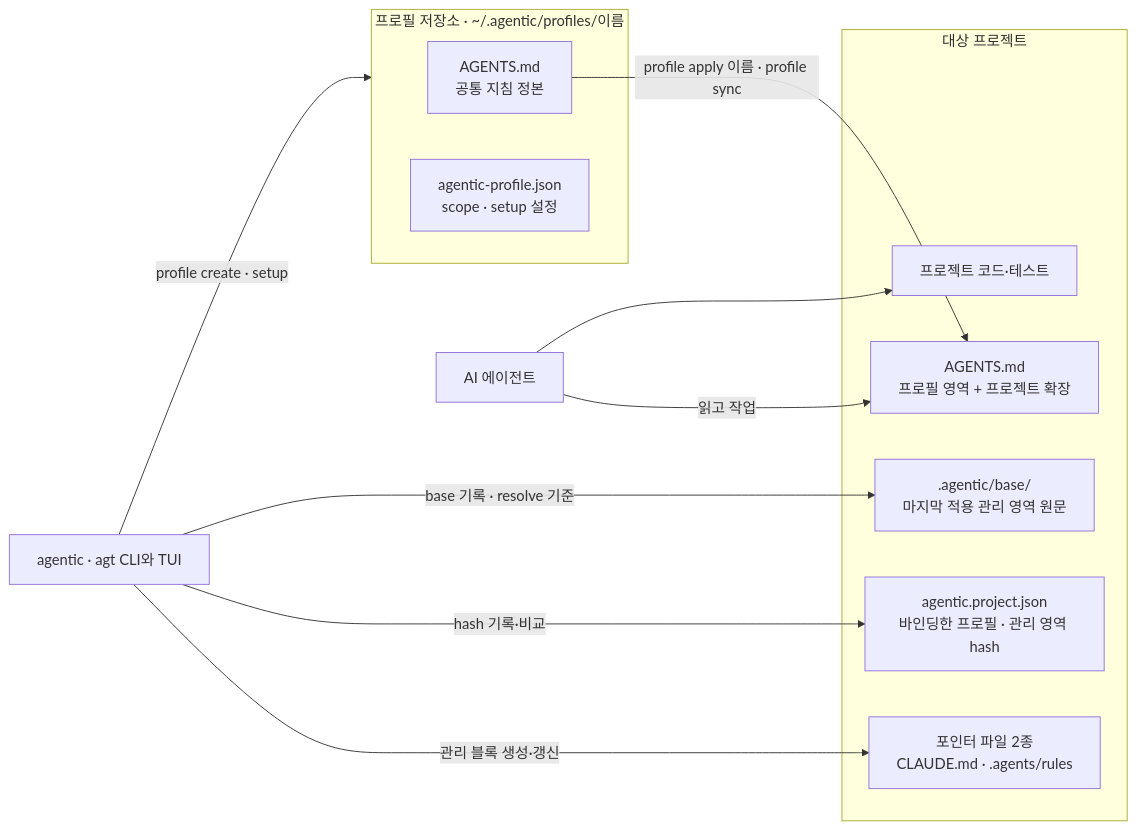
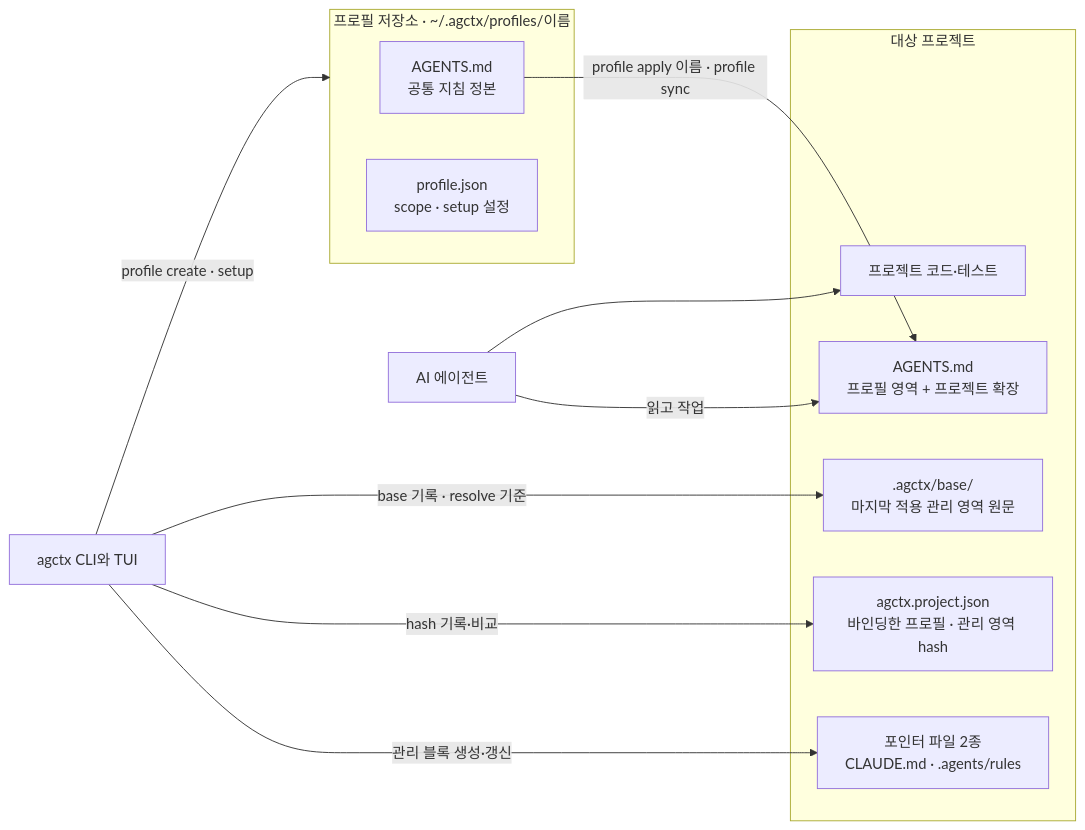
One commit to IsthisLee/agent-context-manager changed the diagram in docs/architecture/README.md. Above: the diagram before and after it, drawn with Mermaid. The commit also changed other lines of this file and 73 other files, not shown here.

````diff
--- a/docs/architecture/README.md
+++ b/docs/architecture/README.md
@@ -12,21 +12,21 @@
 ```mermaid
 flowchart LR
-  subgraph HOME["프로필 저장소 · ~/.agentic/profiles/이름"]
+  subgraph HOME["프로필 저장소 · ~/.agctx/profiles/이름"]
     PAGENTS["AGENTS.md<br/>공통 지침 정본"]
-    PMETA["agentic-profile.json<br/>scope · setup 설정"]
+    PMETA["profile.json<br/>scope · setup 설정"]
   end
   subgraph PROJECT["대상 프로젝트"]
     JAGENTS["AGENTS.md<br/>프로필 영역 + 프로젝트 확장"]
-    JCONFIG["agentic.project.json<br/>바인딩한 프로필 · 관리 영역 hash"]
+    JCONFIG["agctx.project.json<br/>바인딩한 프로필 · 관리 영역 hash"]
     JPOINTER["포인터 파일 2종<br/>CLAUDE.md · .agents/rules"]
-    JBASE[".agentic/base/<br/>마지막 적용 관리 영역 원문"]
+    JBASE[".agctx/base/<br/>마지막 적용 관리 영역 원문"]
     CODE["프로젝트 코드·테스트"]
   end
-  CLI["agentic · agt CLI와 TUI"] -->|"profile create · setup"| HOME
+  CLI["agctx CLI와 TUI"] -->|"profile create · setup"| HOME
   PAGENTS -->|"profile apply 이름 · profile sync"| JAGENTS
   CLI -->|"관리 블록 생성·갱신"| JPOINTER
   CLI -->|"hash 기록·비교"| JCONFIG
   CLI -->|"base 기록 · resolve 기준"| JBASE
   AGENT["AI 에이전트"] -->|"읽고 작업"| JAGENTS
   AGENT --> CODE
 ```
````
